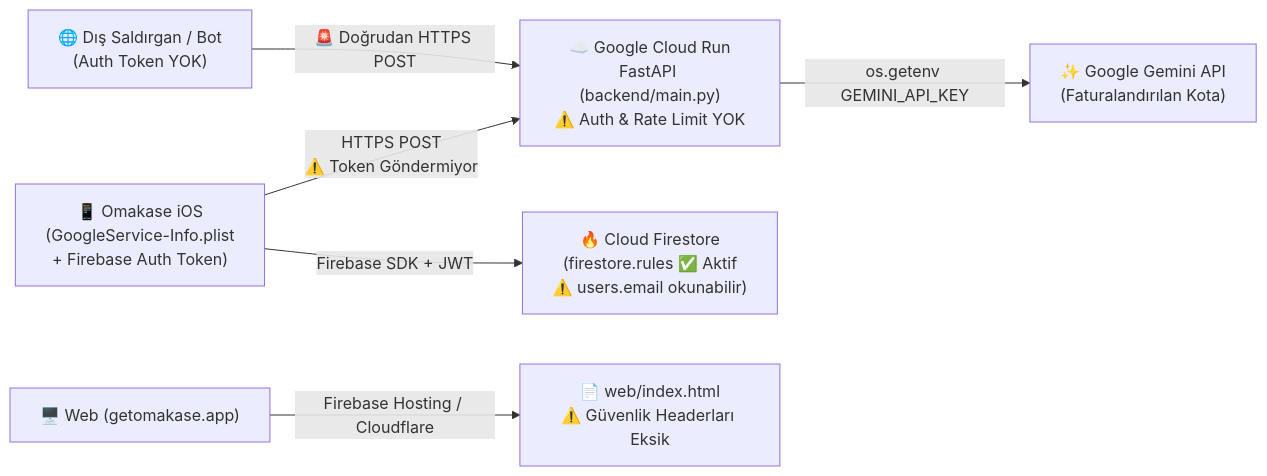
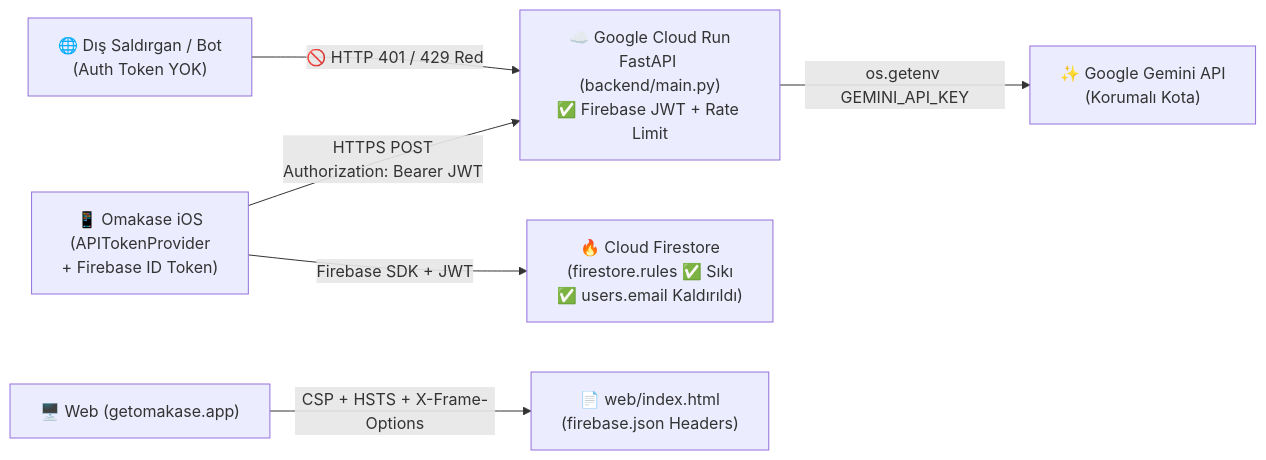
One commit to kuzeysinay/omakase changed the diagram in docs/siber_guvenlik_raporu.md. Above: the diagram before and after it, drawn with Mermaid. The commit also changed other lines of this file and 16 other files, not shown here.

Commit message:
security: harden backend auth/rate-limits/SSRF, Firestore rules, PII, and iOS networking

````diff
--- a/docs/siber_guvenlik_raporu.md
+++ b/docs/siber_guvenlik_raporu.md
@@ -46,8 +48,8 @@
 ```mermaid
 flowchart LR
-    Attacker["🌐 Dış Saldırgan / Bot<br/>(Auth Token YOK)"] -->|🚨 Doğrudan HTTPS POST| CloudRun["☁️ Google Cloud Run<br/>FastAPI (backend/main.py)<br/>⚠️ Auth & Rate Limit YOK"]
-    iOS["📱 Omakase iOS<br/>(GoogleService-Info.plist<br/>+ Firebase Auth Token)"] -->|HTTPS POST<br/>⚠️ Token Göndermiyor| CloudRun
-    CloudRun -->|os.getenv GEMINI_API_KEY| Gemini["✨ Google Gemini API<br/>(Faturalandırılan Kota)"]
-    iOS -->|Firebase SDK + JWT| Firestore["🔥 Cloud Firestore<br/>(firestore.rules ✅ Aktif<br/>⚠️ users.email okunabilir)"]
-    Browser["🖥️ Web (getomakase.app)"] -->|Firebase Hosting / Cloudflare| WebFiles["📄 web/index.html<br/>⚠️ Güvenlik Headerları Eksik"]
+    Attacker["🌐 Dış Saldırgan / Bot<br/>(Auth Token YOK)"] -->|🚫 HTTP 401 / 429 Red| CloudRun["☁️ Google Cloud Run<br/>FastAPI (backend/main.py)<br/>✅ Firebase JWT + Rate Limit"]
+    iOS["📱 Omakase iOS<br/>(APITokenProvider<br/>+ Firebase ID Token)"] -->|HTTPS POST<br/>Authorization: Bearer JWT| CloudRun
+    CloudRun -->|os.getenv GEMINI_API_KEY| Gemini["✨ Google Gemini API<br/>(Korumalı Kota)"]
+    iOS -->|Firebase SDK + JWT| Firestore["🔥 Cloud Firestore<br/>(firestore.rules ✅ Sıkı<br/>✅ users.email Kaldırıldı)"]
+    Browser["🖥️ Web (getomakase.app)"] -->|CSP + HSTS + X-Frame-Options| WebFiles["📄 web/index.html<br/>(firebase.json Headers)"]
 ```
````
